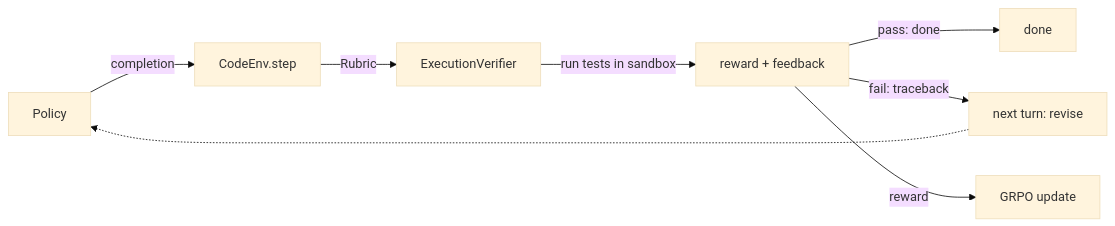
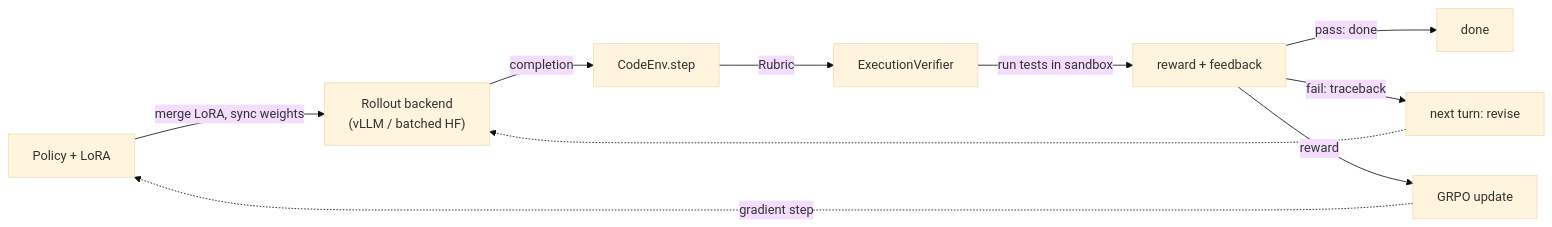
One commit to sidd1196/GRPO_implementation changed the first of 2 diagrams in README.md. Above: the diagram before and after it, drawn with Mermaid (base theme). The commit also changed other lines of this file and 4 other files, not shown here.

````diff
--- a/README.md
+++ b/README.md
@@ -35,10 +43,12 @@
 ```mermaid
 graph LR
-    P[Policy] -->|completion| E[CodeEnv.step]
+    P[Policy + LoRA] -->|"merge LoRA, sync weights"| B["Rollout backend<br/>(vLLM / batched HF)"]
+    B -->|completion| E[CodeEnv.step]
     E -->|Rubric| V[ExecutionVerifier]
     V -->|run tests in sandbox| R[reward + feedback]
     R -->|pass: done| Done[done]
     R -->|fail: traceback| E2[next turn: revise]
-    E2 -.-> P
+    E2 -.-> B
     R -->|reward| G[GRPO update]
+    G -.->|gradient step| P
 ```
````
